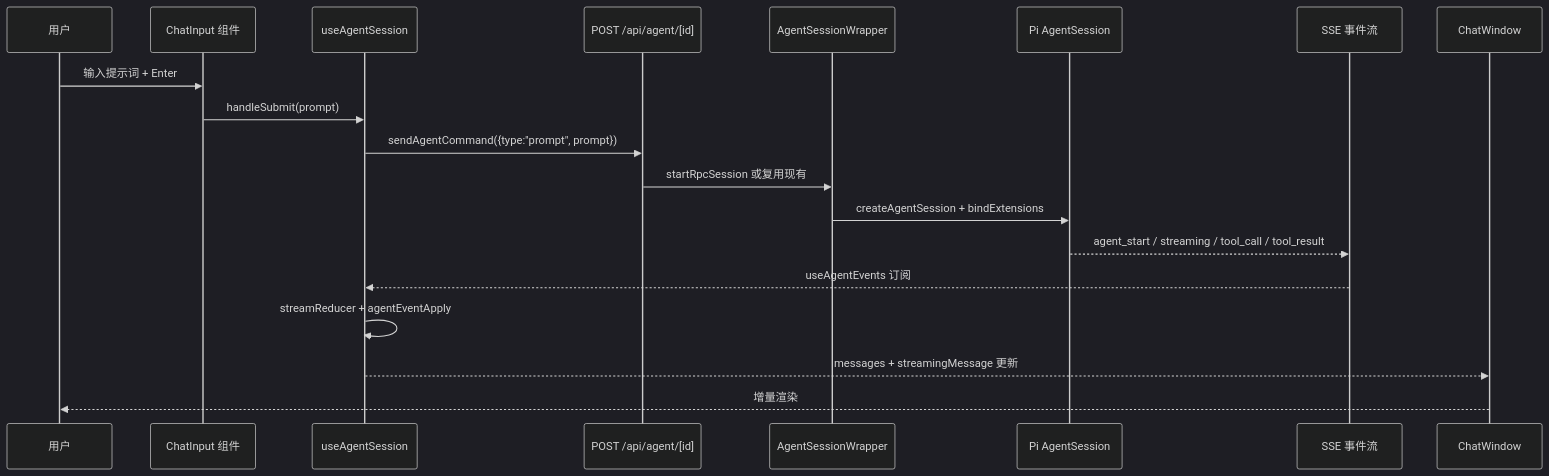
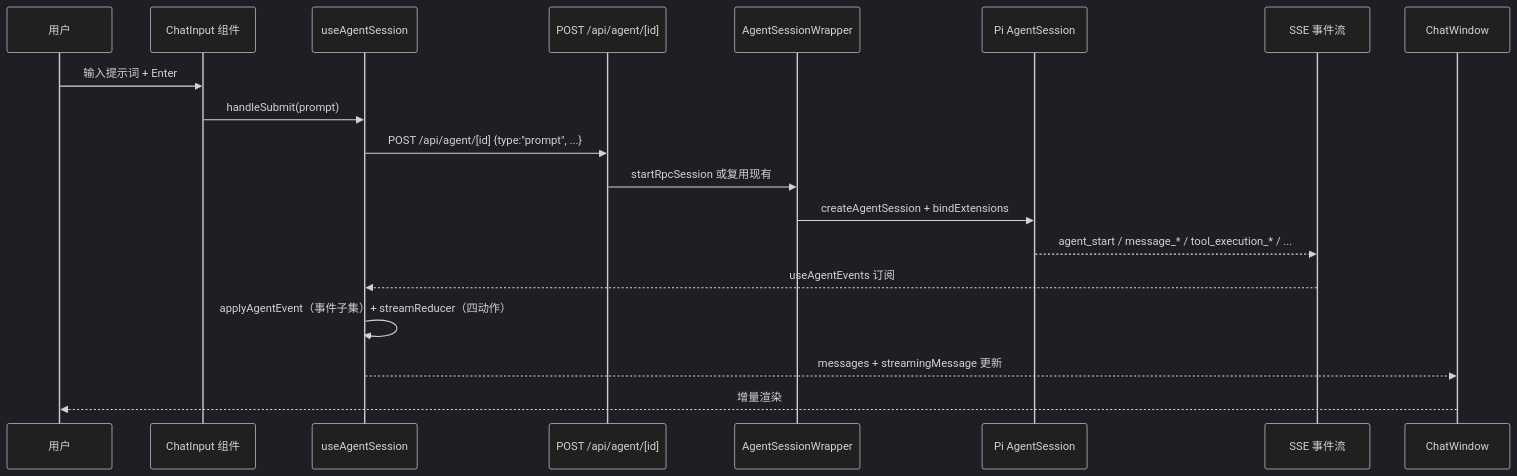
Before and after one commit to Chasen-Liao/pi-agent-desktop: the second of 3 diagrams in .zread/wiki/versions/2026-10-06-001245/4-mu-lu-jie-gou-yu-he-xin-mo-kuai.md, drawn with Mermaid (dark theme). The commit also changed other lines of this file and 29 other files, not shown here.

First line of the commit message:
docs(wiki): align zread wiki with main architecture

````diff
--- a/.zread/wiki/versions/2026-10-06-001245/4-mu-lu-jie-gou-yu-he-xin-mo-kuai.md
+++ b/.zread/wiki/versions/2026-10-06-001245/4-mu-lu-jie-gou-yu-he-xin-mo-kuai.md
@@ -297,21 +305,21 @@
 ```mermaid
 sequenceDiagram
     participant User as 用户
     participant ChatInput as ChatInput 组件
     participant Hook as useAgentSession
     participant API as POST /api/agent/[id]
     participant RPC as AgentSessionWrapper
     participant Pi as Pi AgentSession
     participant SSE as SSE 事件流
 
     User->>ChatInput: 输入提示词 + Enter
     ChatInput->>Hook: handleSubmit(prompt)
-    Hook->>API: sendAgentCommand({type:"prompt", prompt})
+    Hook->>API: POST /api/agent/[id] {type:"prompt", ...}
     API->>RPC: startRpcSession 或复用现有
     RPC->>Pi: createAgentSession + bindExtensions
-    Pi-->>SSE: agent_start / streaming / tool_call / tool_result
+    Pi-->>SSE: agent_start / message_* / tool_execution_* / ...
     SSE-->>Hook: useAgentEvents 订阅
-    Hook->>Hook: streamReducer + agentEventApply
+    Hook->>Hook: applyAgentEvent（事件子集）+ streamReducer（四动作）
     Hook-->>ChatWindow: messages + streamingMessage 更新
     ChatWindow-->>User: 增量渲染
 ```
````
